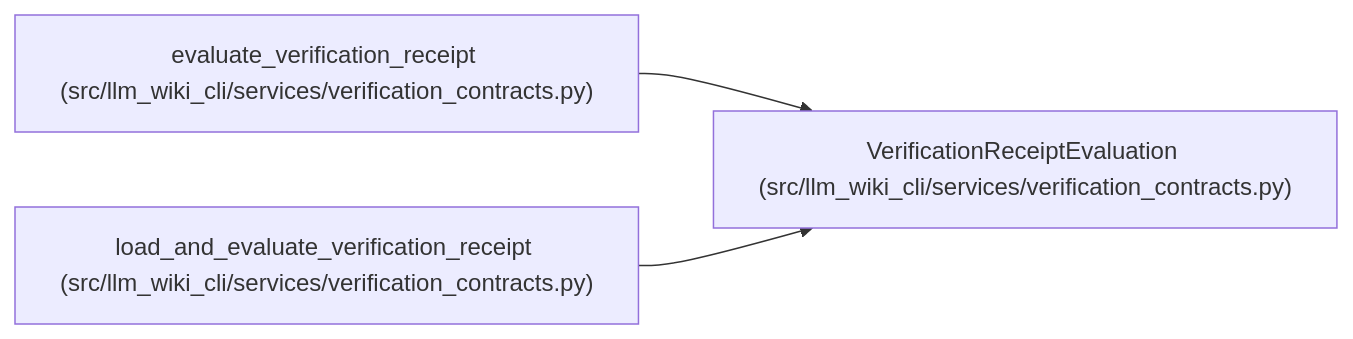
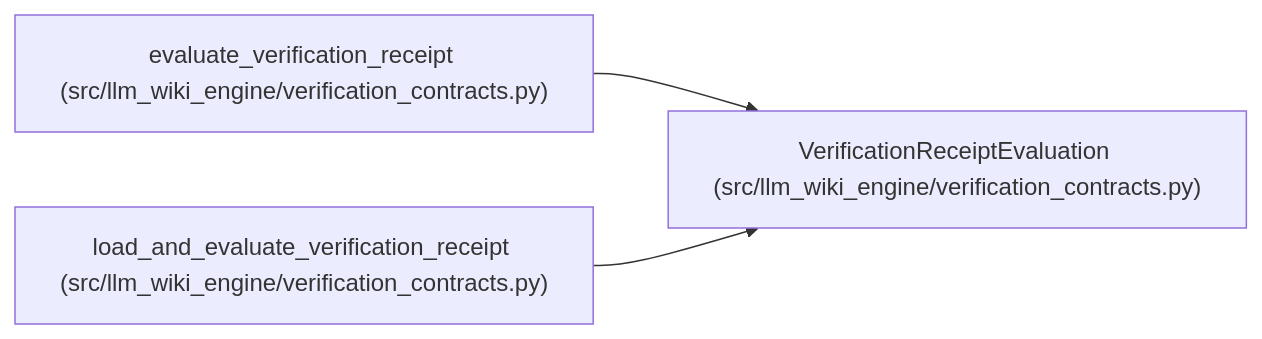
Before and after one commit to Denissvgn/python-wiki-llm: the diagram in docs/llm_wiki/entities/VerificationReceiptEvaluation.md, drawn with Mermaid. The commit also changed other lines of this file and 1058 other files, not shown here.

````diff
--- a/docs/llm_wiki/entities/VerificationReceiptEvaluation.md
+++ b/docs/llm_wiki/entities/VerificationReceiptEvaluation.md
@@ -32,11 +32,11 @@
 ```mermaid
 flowchart LR
-    n0["VerificationReceiptEvaluation (src/llm_wiki_cli/services/verification_contracts.py)"]
-    n1["evaluate_verification_receipt (src/llm_wiki_cli/services/verification_contracts.py)"]
-    n2["load_and_evaluate_verification_receipt (src/llm_wiki_cli/services/verification_contracts.py)"]
+    n0["VerificationReceiptEvaluation (src/llm_wiki_engine/verification_contracts.py)"]
+    n1["evaluate_verification_receipt (src/llm_wiki_engine/verification_contracts.py)"]
+    n2["load_and_evaluate_verification_receipt (src/llm_wiki_engine/verification_contracts.py)"]
     n1 --> n0
     n2 --> n0
     click n0 "../modules/verification_contracts.md"
     click n1 "../modules/verification_contracts.md"
     click n2 "../modules/verification_contracts.md"
 ```
````
